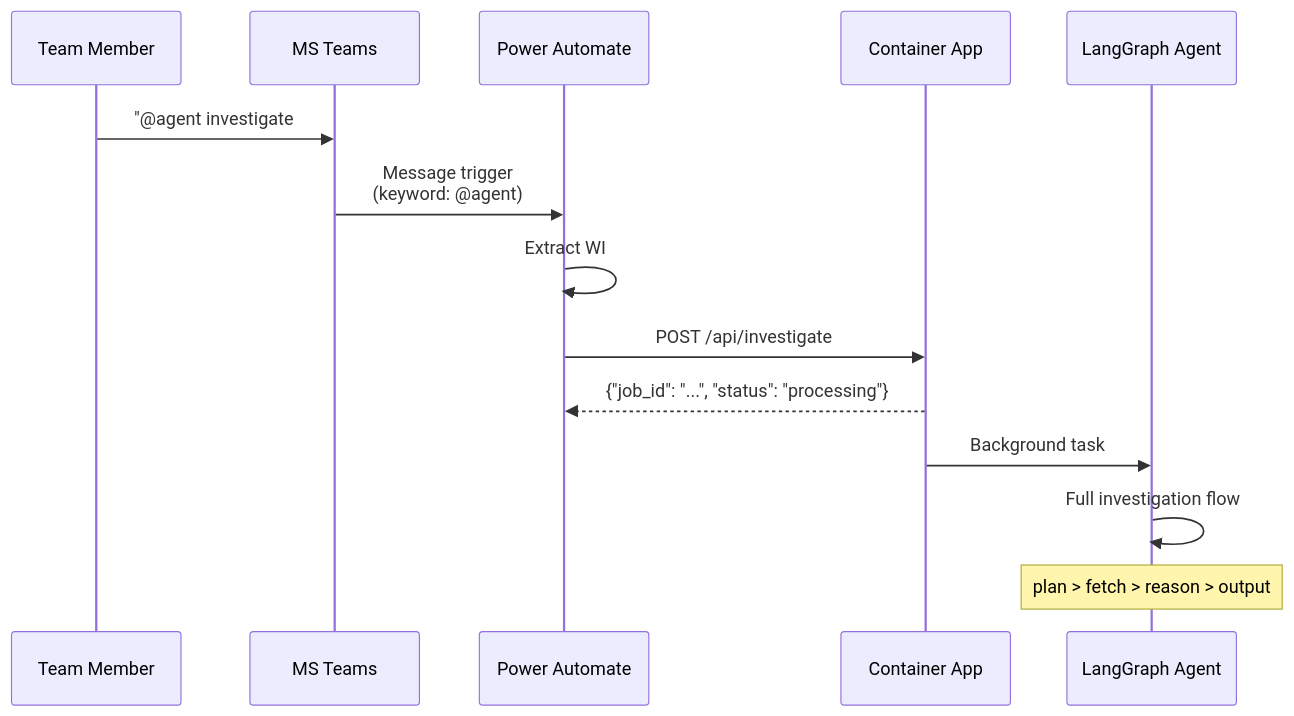
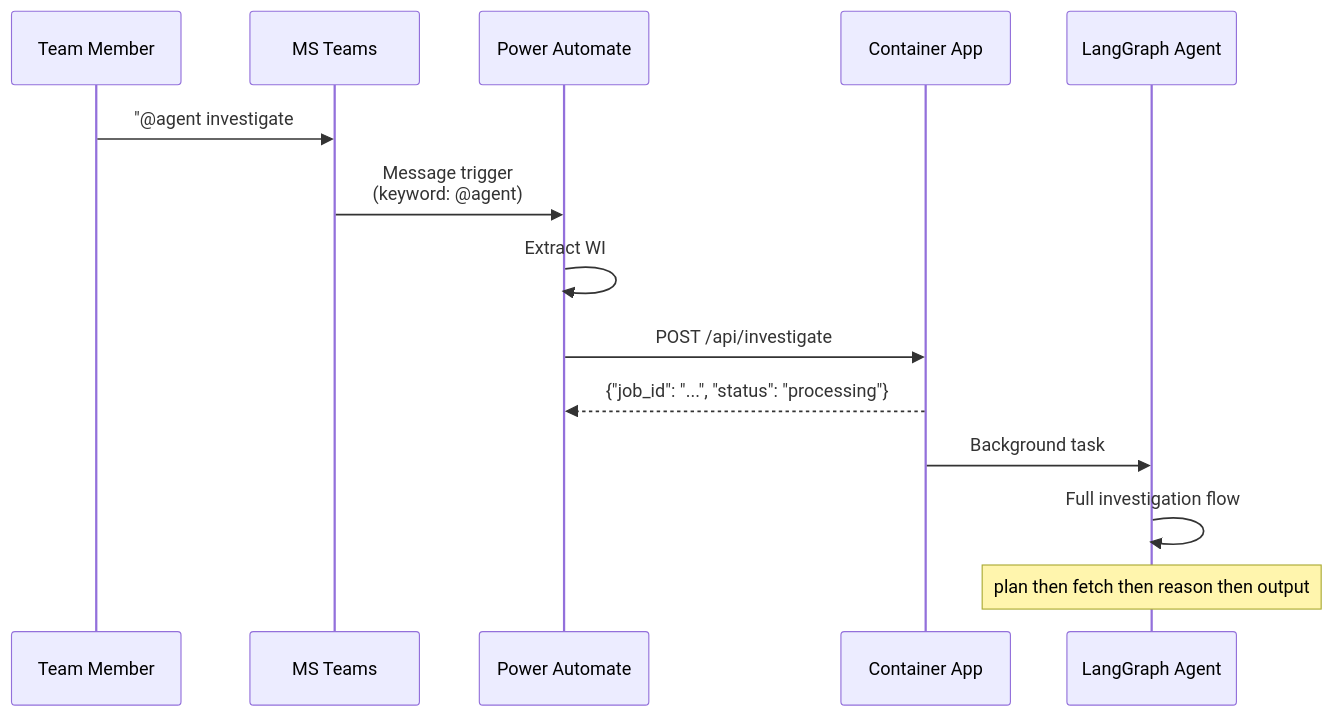
One commit to victorvos/devops_agent changed the seventh of 8 diagrams in README.md. Above: the diagram before and after it, drawn with Mermaid. The commit also changed other lines of this file and 37 other files, not shown here.

First line of the commit message:
Add enterprise LangGraph orchestrator and fix Mermaid for GitHub (#1)

````diff
--- a/README.md
+++ b/README.md
@@ -296,17 +483,17 @@
 ```mermaid
 sequenceDiagram
     participant User as Team Member
     participant Teams as MS Teams
     participant PA as Power Automate
     participant App as Container App
     participant Agent as LangGraph Agent
 
     User->>Teams: "@agent investigate #1234<br/>focus on payment retries"
     Teams->>PA: Message trigger<br/>(keyword: @agent)
     PA->>PA: Extract WI #1234 + context
     PA->>App: POST /api/investigate
     App-->>PA: {"job_id": "...", "status": "processing"}
     App->>Agent: Background task
     Agent->>Agent: Full investigation flow
-    Note over Agent: plan > fetch > reason > output
+    Note over Agent: plan then fetch then reason then output
 ```
````
